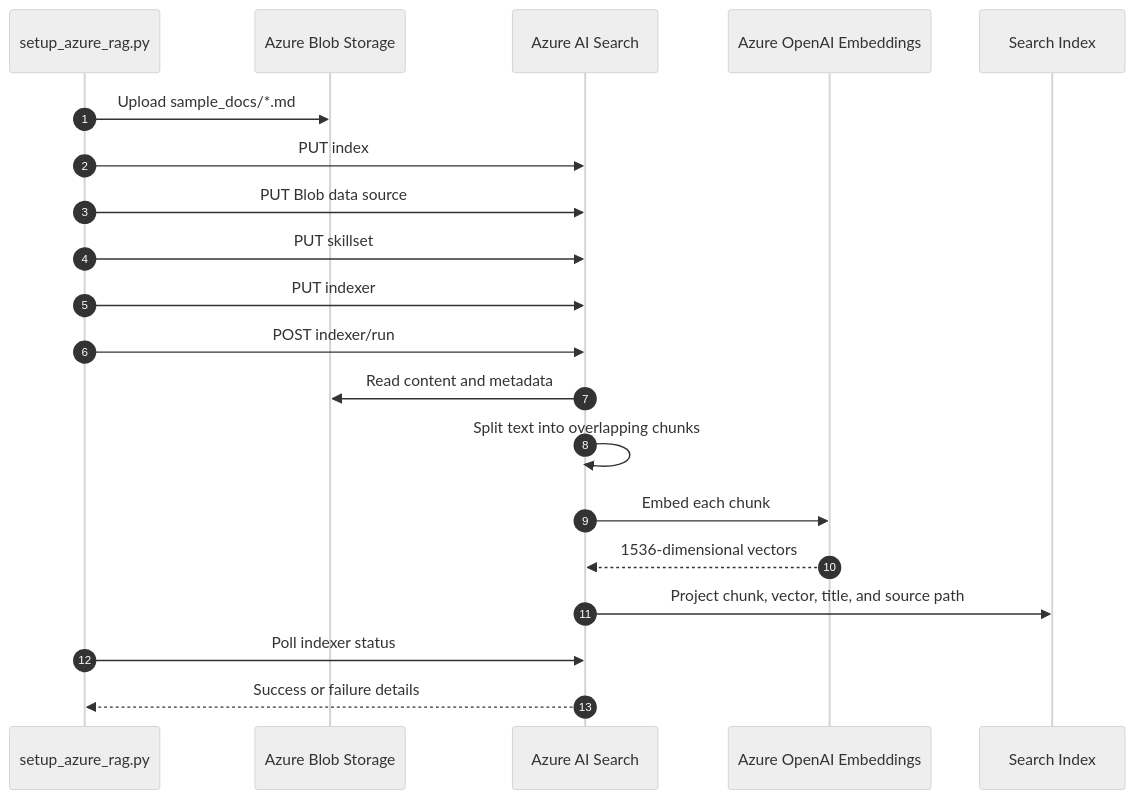
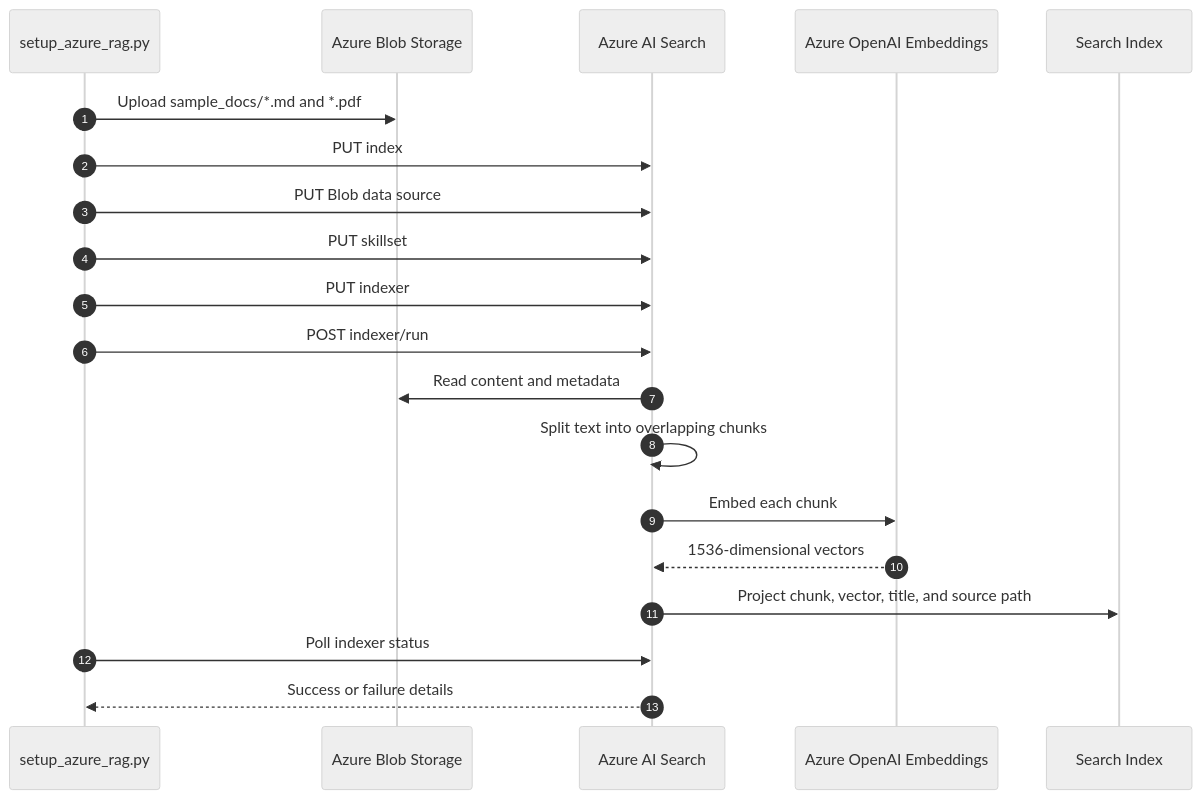
Before and after one commit to KostasCherv/azure-rag-system: the second of 3 diagrams in README.md, drawn with Mermaid (neutral theme). The commit also changed other lines of this file and 13 other files, not shown here.

````diff
--- a/README.md
+++ b/README.md
@@ -44,23 +44,23 @@
 ```mermaid
 sequenceDiagram
     autonumber
     participant Setup as setup_azure_rag.py
     participant Blob as Azure Blob Storage
     participant Search as Azure AI Search
     participant Embed as Azure OpenAI Embeddings
     participant Index as Search Index
 
-    Setup->>Blob: Upload sample_docs/*.md
+    Setup->>Blob: Upload sample_docs/*.md and *.pdf
     Setup->>Search: PUT index
     Setup->>Search: PUT Blob data source
     Setup->>Search: PUT skillset
     Setup->>Search: PUT indexer
     Setup->>Search: POST indexer/run
     Search->>Blob: Read content and metadata
     Search->>Search: Split text into overlapping chunks
     Search->>Embed: Embed each chunk
     Embed-->>Search: 1536-dimensional vectors
     Search->>Index: Project chunk, vector, title, and source path
     Setup->>Search: Poll indexer status
     Search-->>Setup: Success or failure details
 ```
````
